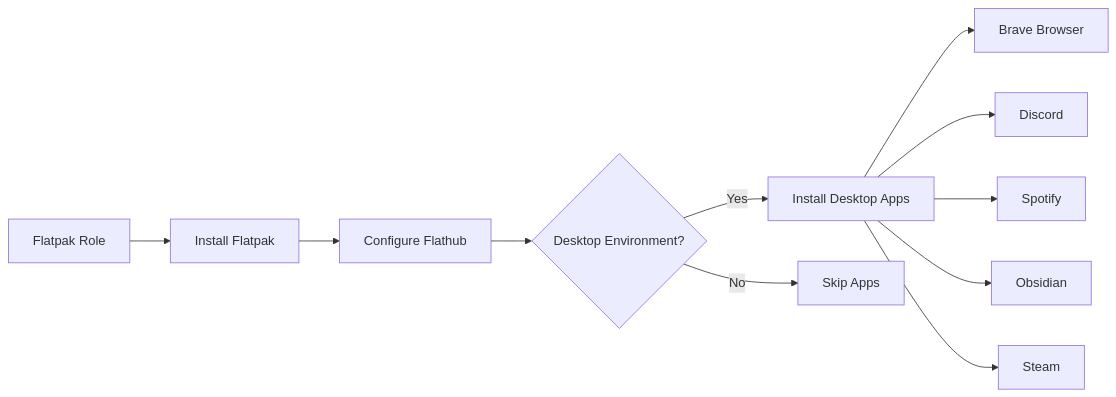
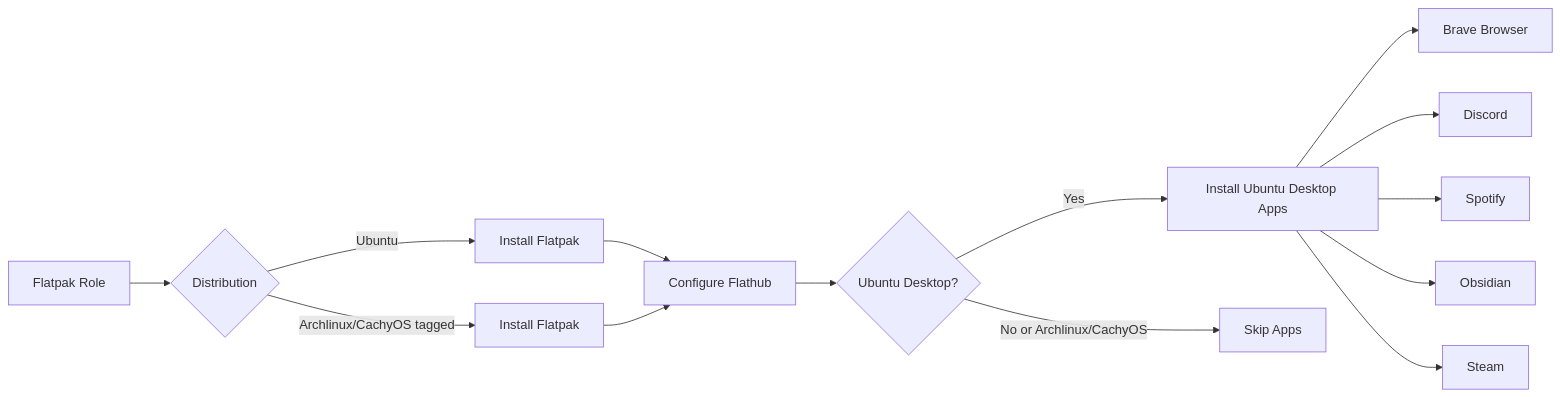
The second of 2 diagrams in dotfiles/roles/flatpak/README.md (uarslandev/infra), drawn with Mermaid before and after one commit. The commit also changed other lines of this file and 127 other files, not shown here.

First line of the commit message:
CachyOS Plasma desktop bootstrap (#154)

````diff
--- a/dotfiles/roles/flatpak/README.md
+++ b/dotfiles/roles/flatpak/README.md
@@ -107,13 +111,16 @@
 ```mermaid
 graph LR
-    A[Flatpak Role] --> B[Install Flatpak]
-    B --> C[Configure Flathub]
-    C --> D{Desktop Environment?}
-    D -->|Yes| E[Install Desktop Apps]
-    D -->|No| F[Skip Apps]
-    E --> G[Brave Browser]
-    E --> H[Discord]
-    E --> I[Spotify]
-    E --> J[Obsidian]
-    E --> K[Steam]
+    A[Flatpak Role] --> B{Distribution}
+    B -->|Ubuntu| C[Install Flatpak]
+    B -->|Archlinux/CachyOS tagged| D[Install Flatpak]
+    C --> E[Configure Flathub]
+    D --> E
+    E --> F{Ubuntu Desktop?}
+    F -->|Yes| G[Install Ubuntu Desktop Apps]
+    F -->|No or Archlinux/CachyOS| H[Skip Apps]
+    G --> I[Brave Browser]
+    G --> J[Discord]
+    G --> K[Spotify]
+    G --> L[Obsidian]
+    G --> M[Steam]
 ```
````
